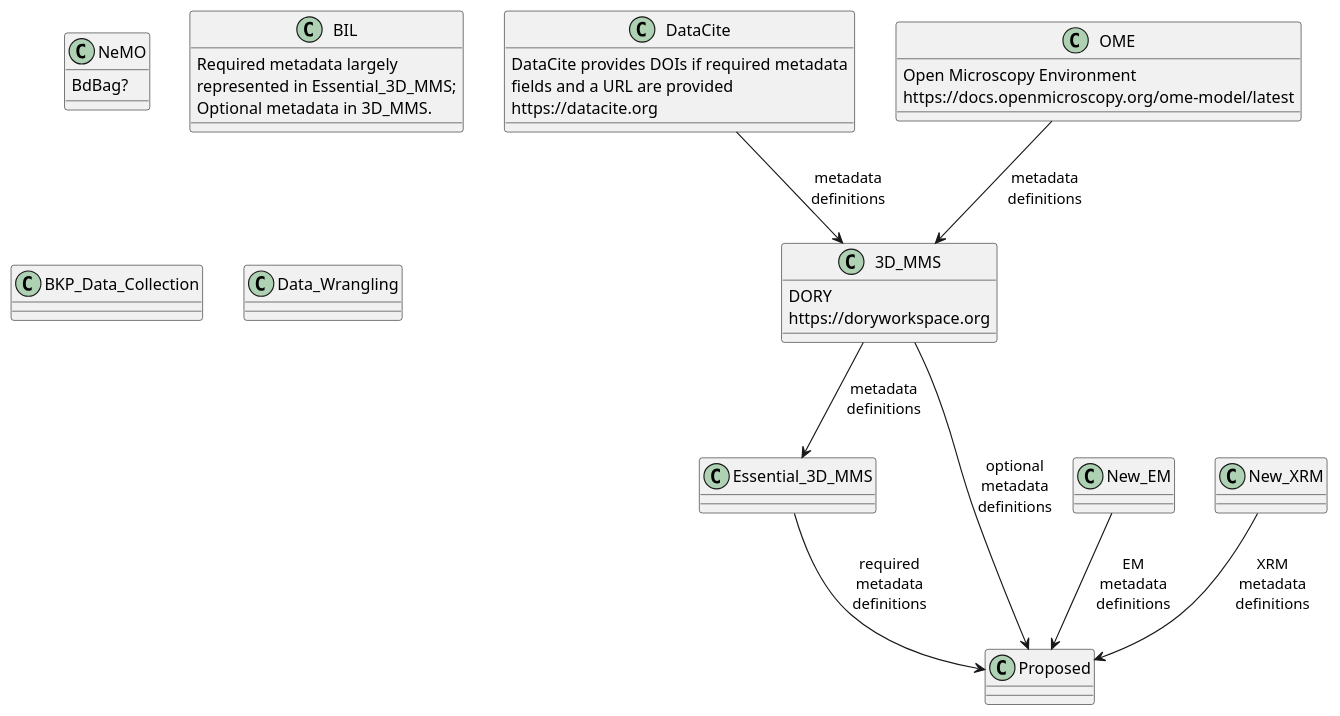
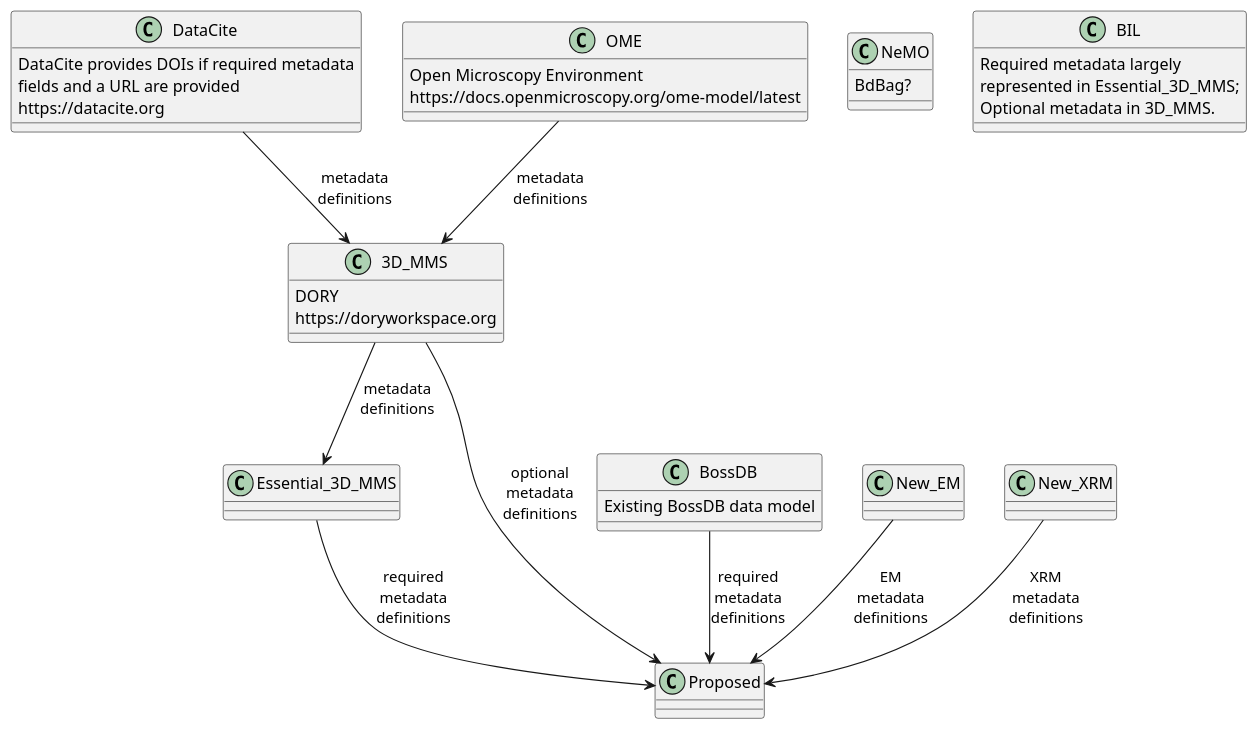
The diagram in image-metadata/metadata/standards-development/schema-relationships.plantuml (aplbrain/BENCHMARK-Metadata), drawn with PlantUML before and after one commit. The commit also changed 5 other files, not shown here.

Commit message:
adding links and file cleanup- removed uncessary blocks from schema-relationships.plantuml

```diff
--- a/image-metadata/metadata/standards-development/schema-relationships.plantuml
+++ b/image-metadata/metadata/standards-development/schema-relationships.plantuml
@@ -1,57 +1,56 @@
 @startuml
 class DataCite {
 DataCite provides DOIs if required metadata 
 fields and a URL are provided
 https://datacite.org
 }
 
 class OME {
 Open Microscopy Environment
 https://docs.openmicroscopy.org/ome-model/latest
 }
 
 class 3D_MMS {
 DORY
 https://doryworkspace.org
 }
 
 class Essential_3D_MMS {
 }
 
+class BossDB {
+Existing BossDB data model
+}
+
 class NeMO {
 BdBag?
 }
 
 class BIL {
 Required metadata largely 
 represented in Essential_3D_MMS; 
 Optional metadata in 3D_MMS.
-}
-
-class BKP_Data_Collection {
-}
-
-class Data_Wrangling {
 }
 
 class Proposed {
 }
 
 class New_EM {
 }
 
 class New_XRM {
 }
 
 
 3D_MMS --> Essential_3D_MMS: metadata\ndefinitions
 OME --> 3D_MMS: metadata\ndefinitions
 DataCite --> 3D_MMS: metadata\ndefinitions
 
+BossDB --> Proposed: required\nmetadata\ndefinitions
 Essential_3D_MMS --> Proposed: required\nmetadata\ndefinitions
 3D_MMS --> Proposed: optional\nmetadata\ndefinitions
 New_EM --> Proposed: EM\nmetadata\ndefinitions
 New_XRM --> Proposed: XRM\nmetadata\ndefinitions
 
 
 @enduml
```
